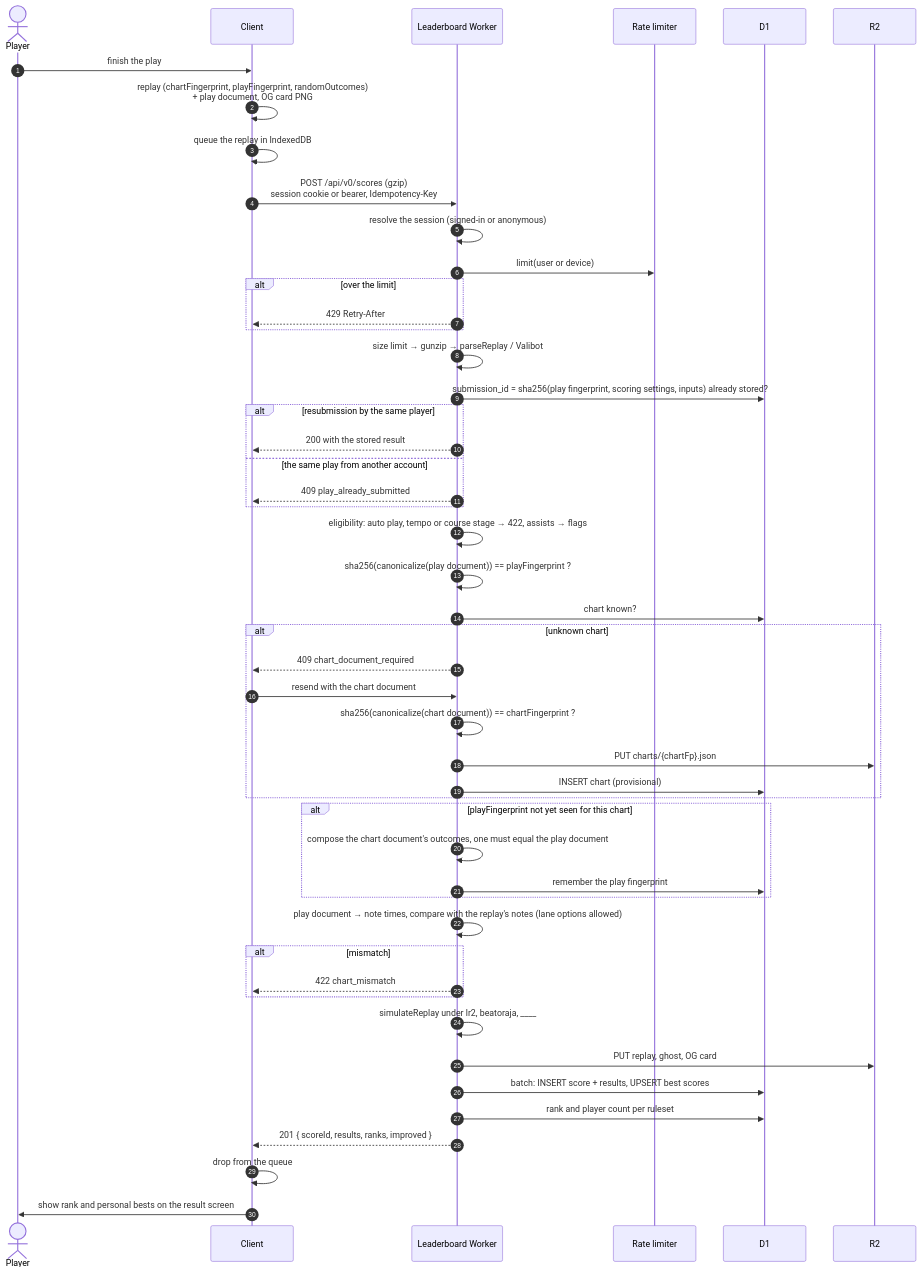
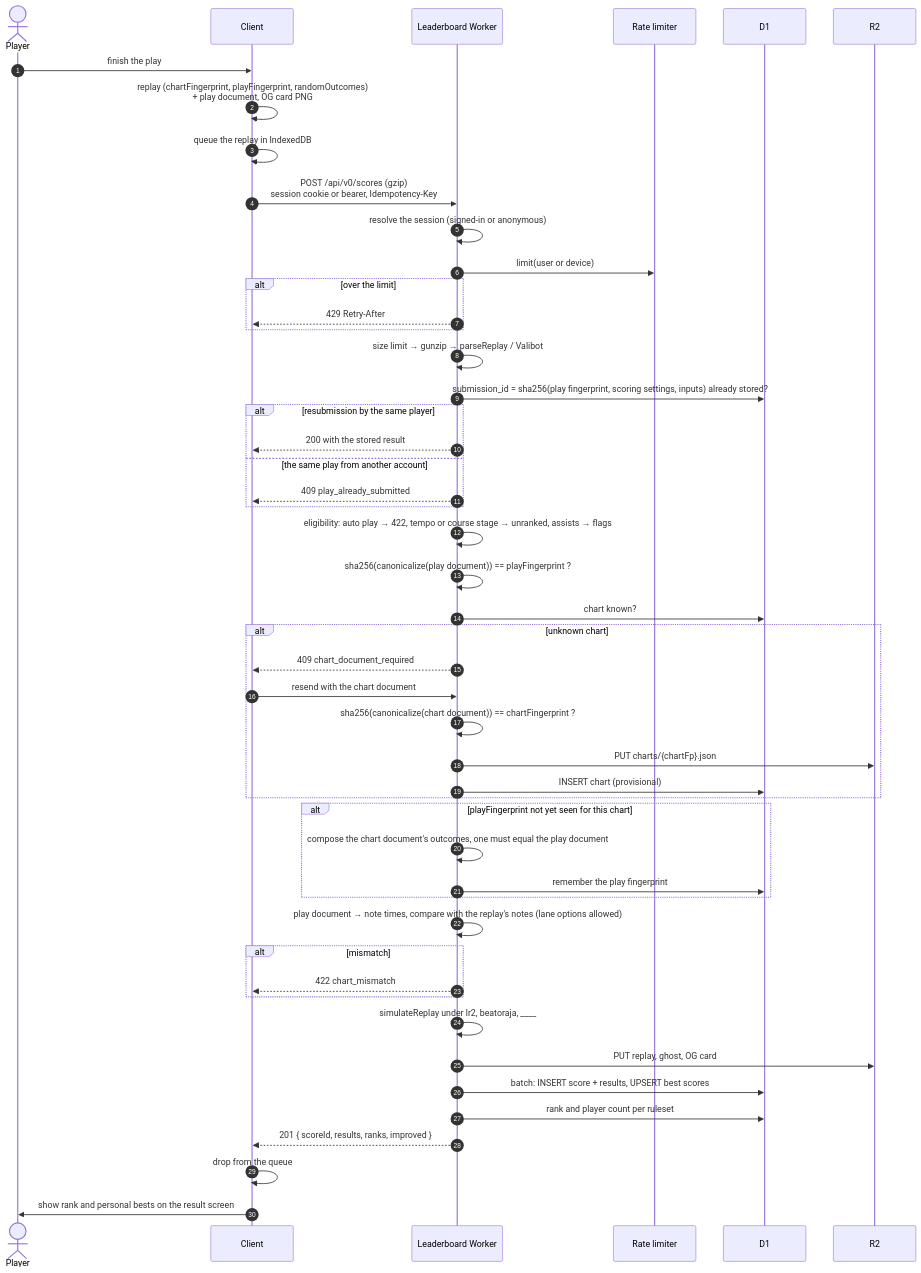
The second of 4 diagrams in docs/leaderboard.md (nulltask/be-music), drawn with Mermaid before and after one commit. The commit also changed other lines of this file and 5 other files, not shown here.

Commit message:
docs: describe submitting every play and unranked plays [ci skip]

````diff
--- a/docs/leaderboard.md
+++ b/docs/leaderboard.md
@@ -131,52 +131,52 @@
 ```mermaid
 sequenceDiagram
     autonumber
     actor P as Player
     participant C as Client
     participant A as Leaderboard Worker
     participant RL as Rate limiter
     participant D as D1
     participant R as R2
 
     P->>C: finish the play
     C->>C: replay (chartFingerprint, playFingerprint, randomOutcomes)<br/>+ play document, OG card PNG
     C->>C: queue the replay in IndexedDB
     C->>A: POST /api/v0/scores (gzip)<br/>session cookie or bearer, Idempotency-Key
     A->>A: resolve the session (signed-in or anonymous)
     A->>RL: limit(user or device)
     alt over the limit
         A-->>C: 429 Retry-After
     end
     A->>A: size limit → gunzip → parseReplay / Valibot
     A->>D: submission_id = sha256(play fingerprint, scoring settings, inputs) already stored?
     alt resubmission by the same player
         A-->>C: 200 with the stored result
     else the same play from another account
         A-->>C: 409 play_already_submitted
     end
-    A->>A: eligibility: auto play, tempo or course stage → 422, assists → flags
+    A->>A: eligibility: auto play → 422, tempo or course stage → unranked, assists → flags
     A->>A: sha256(canonicalize(play document)) == playFingerprint ?
     A->>D: chart known?
     alt unknown chart
         A-->>C: 409 chart_document_required
         C->>A: resend with the chart document
         A->>A: sha256(canonicalize(chart document)) == chartFingerprint ?
         A->>R: PUT charts/{chartFp}.json
         A->>D: INSERT chart (provisional)
     end
     alt playFingerprint not yet seen for this chart
         A->>A: compose the chart document's outcomes, one must equal the play document
         A->>D: remember the play fingerprint
     end
     A->>A: play document → note times, compare with the replay's notes (lane options allowed)
     alt mismatch
         A-->>C: 422 chart_mismatch
     end
     A->>A: simulateReplay under lr2, beatoraja, ____
     A->>R: PUT replay, ghost, OG card
     A->>D: batch: INSERT score + results, UPSERT best scores
     A->>D: rank and player count per ruleset
     A-->>C: 201 { scoreId, results, ranks, improved }
     C->>C: drop from the queue
     C->>P: show rank and personal bests on the result screen
 ```
````
